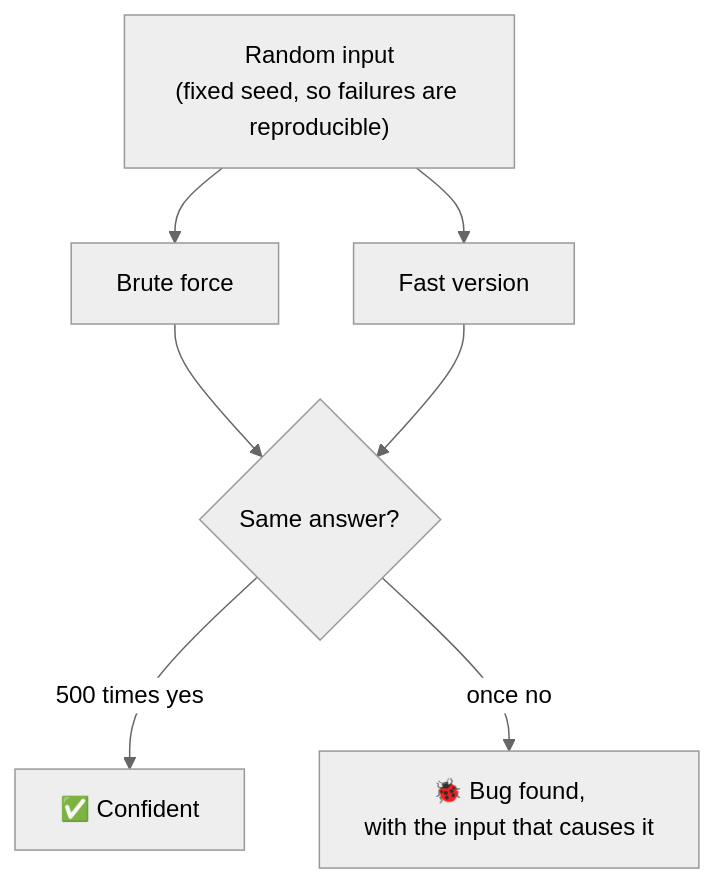
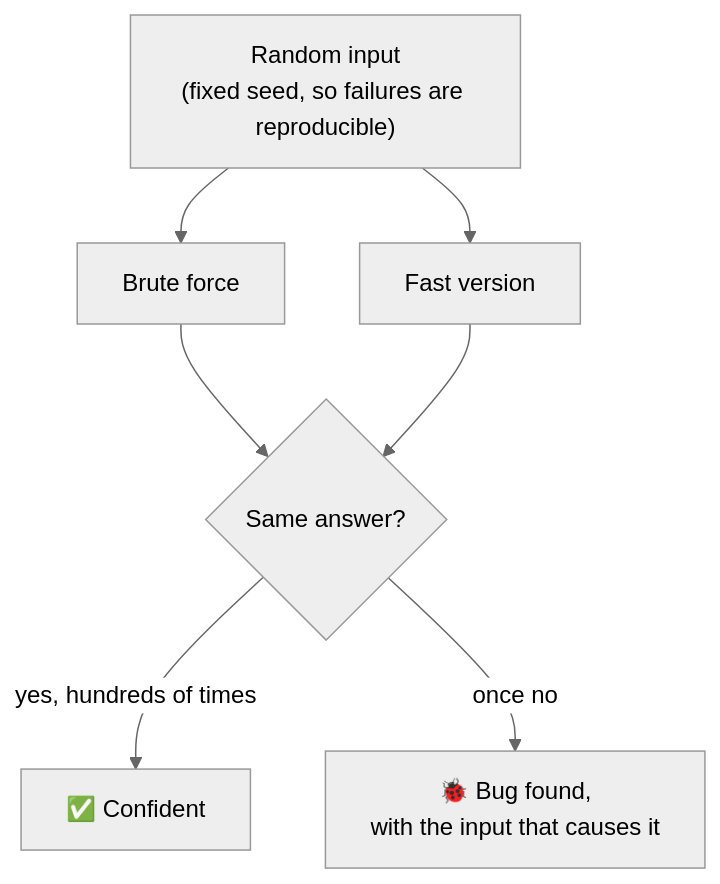
The ninth of 10 diagrams in lessons/01-two-sum/README.md (callasalvatore/csharp-algorithms), drawn with Mermaid (neutral theme) before and after one commit. The commit also changed other lines of this file and 1 other file, not shown here.

````diff
--- a/lessons/01-two-sum/README.md
+++ b/lessons/01-two-sum/README.md
@@ -295,9 +326,9 @@
 ```mermaid
 flowchart TB
     R["Random input<br/>(fixed seed, so failures are reproducible)"] --> B["Brute force"]
     R --> F["Fast version"]
     B --> C{"Same answer?"}
     F --> C
-    C -->|"500 times yes"| OK["✅ Confident"]
+    C -->|"yes, hundreds of times"| OK["✅ Confident"]
     C -->|"once no"| BUG["🐞 Bug found,<br/>with the input that causes it"]
 ```
````
